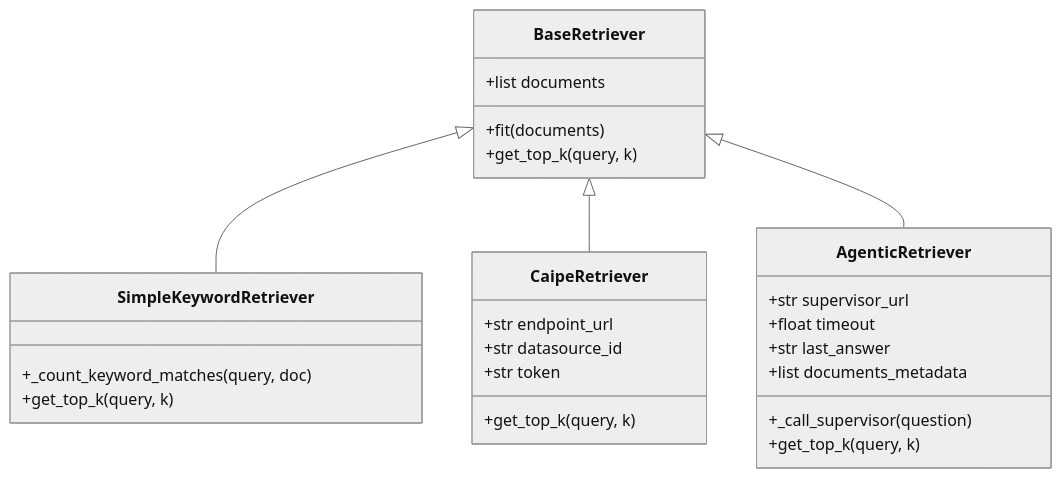
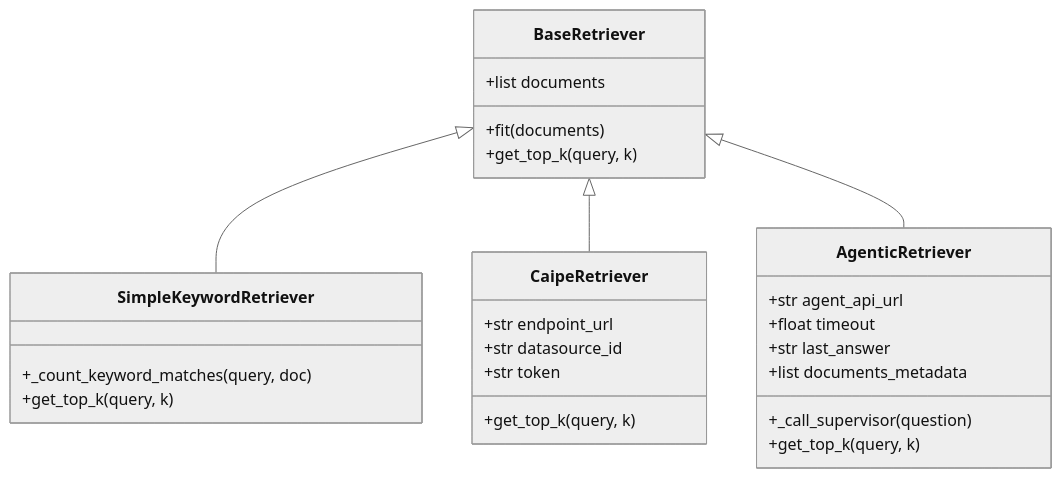
The first of 2 diagrams in docs/retrieval_and_answering_integration.md (ucl-2026-comp0111-project2/caipe_ragas_evaluation), drawn with Mermaid (neutral theme) before and after one commit. The commit also changed other lines of this file and 10 other files, not shown here.

````diff
--- a/docs/retrieval_and_answering_integration.md
+++ b/docs/retrieval_and_answering_integration.md
@@ -11,29 +11,29 @@
 ```mermaid
 classDiagram
     class BaseRetriever {
         +list documents
         +fit(documents)
         +get_top_k(query, k)
     }
     class SimpleKeywordRetriever {
         +_count_keyword_matches(query, doc)
         +get_top_k(query, k)
     }
     class CaipeRetriever {
         +str endpoint_url
         +str datasource_id
         +str token
         +get_top_k(query, k)
     }
     class AgenticRetriever {
-        +str supervisor_url
+        +str agent_api_url
         +float timeout
         +str last_answer
         +list documents_metadata
         +_call_supervisor(question)
         +get_top_k(query, k)
     }
     BaseRetriever <|-- SimpleKeywordRetriever
     BaseRetriever <|-- CaipeRetriever
     BaseRetriever <|-- AgenticRetriever
 ```
````
